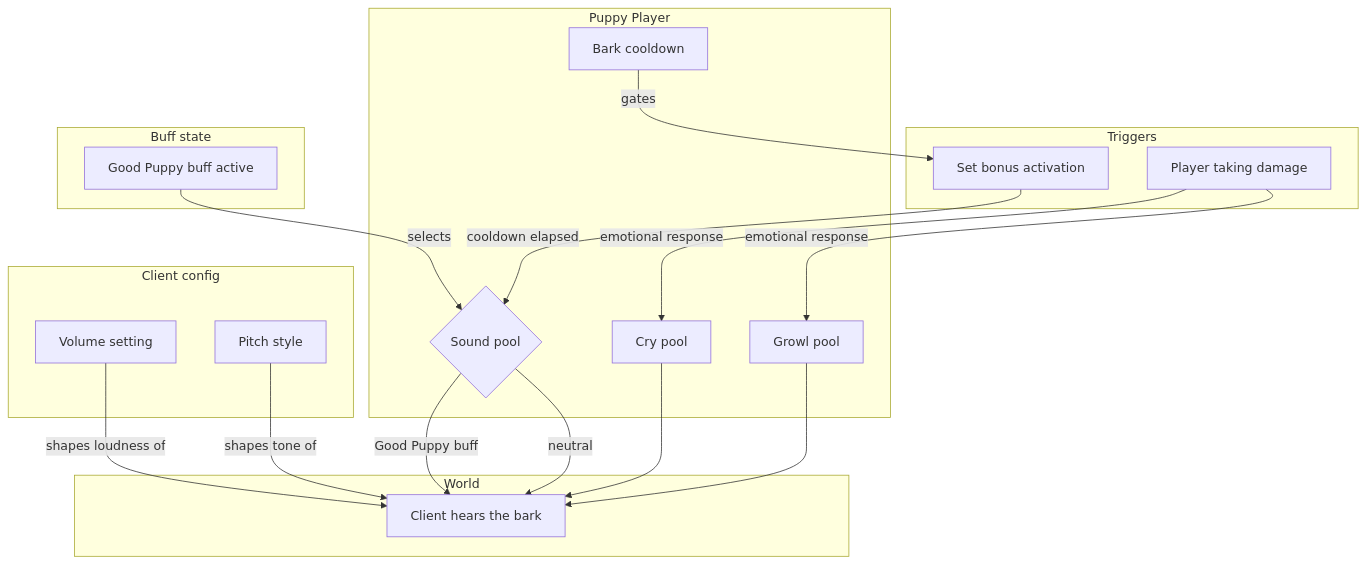
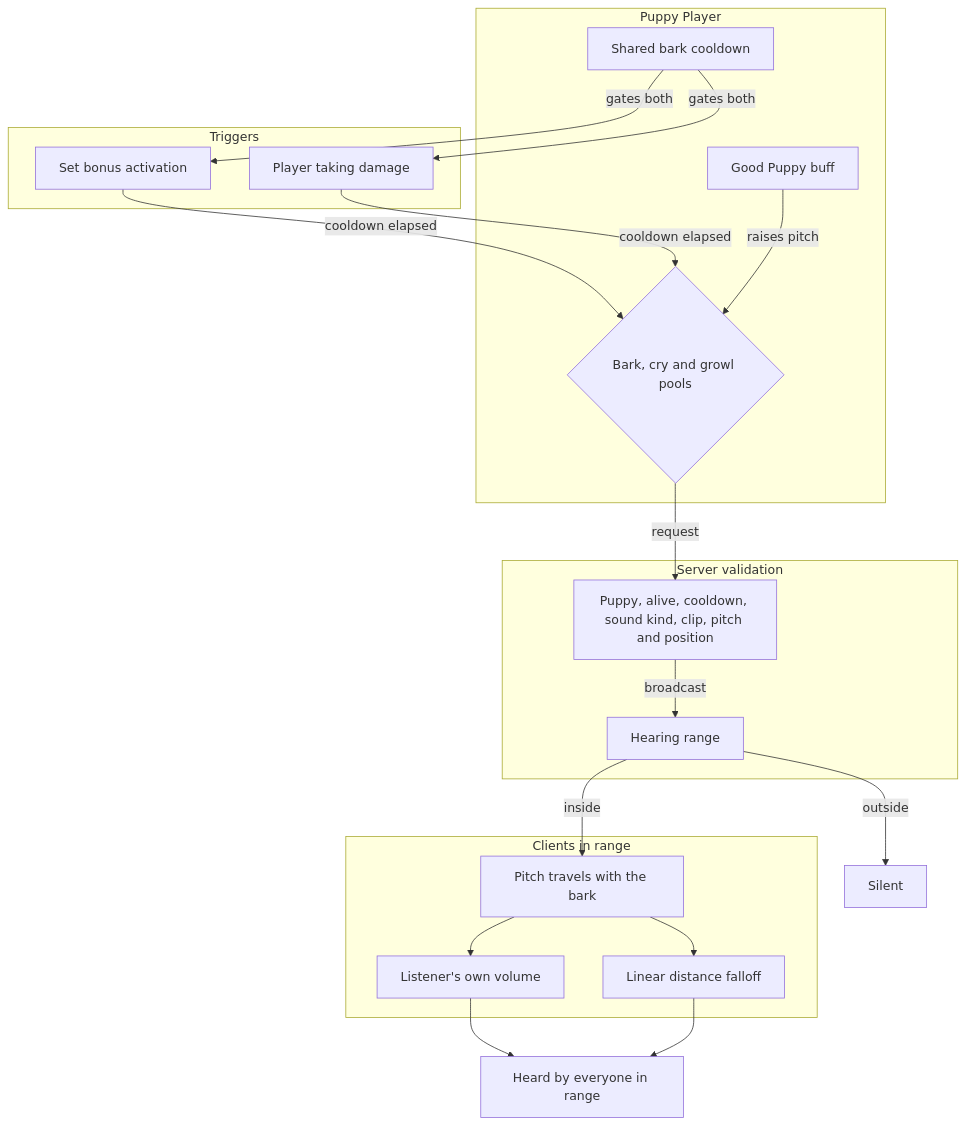
The diagram in docs/Bark-System.md (POLA-LCS/PolasPuppyMod), drawn with Mermaid before and after one commit. The commit also changed other lines of this file and 11 other files, not shown here.

````diff
--- a/docs/Bark-System.md
+++ b/docs/Bark-System.md
@@ -7,41 +7,38 @@
 ```mermaid
 flowchart TB
     subgraph Trigger[Triggers]
         SetBonus[Set bonus activation]
         Hurt[Player taking damage]
     end
 
-    subgraph Player[Puppy Player]
-        Cooldown[Bark cooldown]
-        Pool{Sound pool}
-        Cry[Cry pool]
-        Growl[Growl pool]
+    subgraph Puppy[Puppy Player]
+        Cooldown[Shared bark cooldown]
+        Pool{Bark, cry and growl pools}
+        GoodPuppy[Good Puppy buff]
     end
 
-    subgraph Config[Client config]
-        Volume[Volume setting]
-        Style[Pitch style]
+    subgraph Server[Server validation]
+        Check[Puppy, alive, cooldown, sound kind, clip, pitch and position]
+        Range[Hearing range]
     end
 
-    subgraph Buff[Buff state]
-        GoodPuppy[Good Puppy buff active]
-    end
-
-    subgraph World[World]
-        Camera[Client hears the bark]
+    subgraph Listeners[Clients in range]
+        Pitch[Pitch travels with the bark]
+        Volume[Listener's own volume]
+        Falloff[Linear distance falloff]
     end
 
     SetBonus -- "cooldown elapsed" --> Pool
-    Hurt -- "emotional response" --> Cry
-    Hurt -- "emotional response" --> Growl
-
-    Pool -- "Good Puppy buff" --> Camera
-    Pool -- "neutral" --> Camera
-    Cry --> Camera
-    Growl --> Camera
-
-    Cooldown -- "gates" --> SetBonus
-    Style -- "shapes tone of" --> Camera
-    Volume -- "shapes loudness of" --> Camera
-    GoodPuppy -- "selects" --> Pool
+    Hurt -- "cooldown elapsed" --> Pool
+    Cooldown -- "gates both" --> SetBonus
+    Cooldown -- "gates both" --> Hurt
+    GoodPuppy -- "raises pitch" --> Pool
+    Pool -- "request" --> Check
+    Check -- "broadcast" --> Range
+    Range -- "inside" --> Pitch
+    Range -- "outside" --> Silent[Silent]
+    Pitch --> Volume
+    Pitch --> Falloff
+    Volume --> Heard[Heard by everyone in range]
+    Falloff --> Heard
 ```
````
